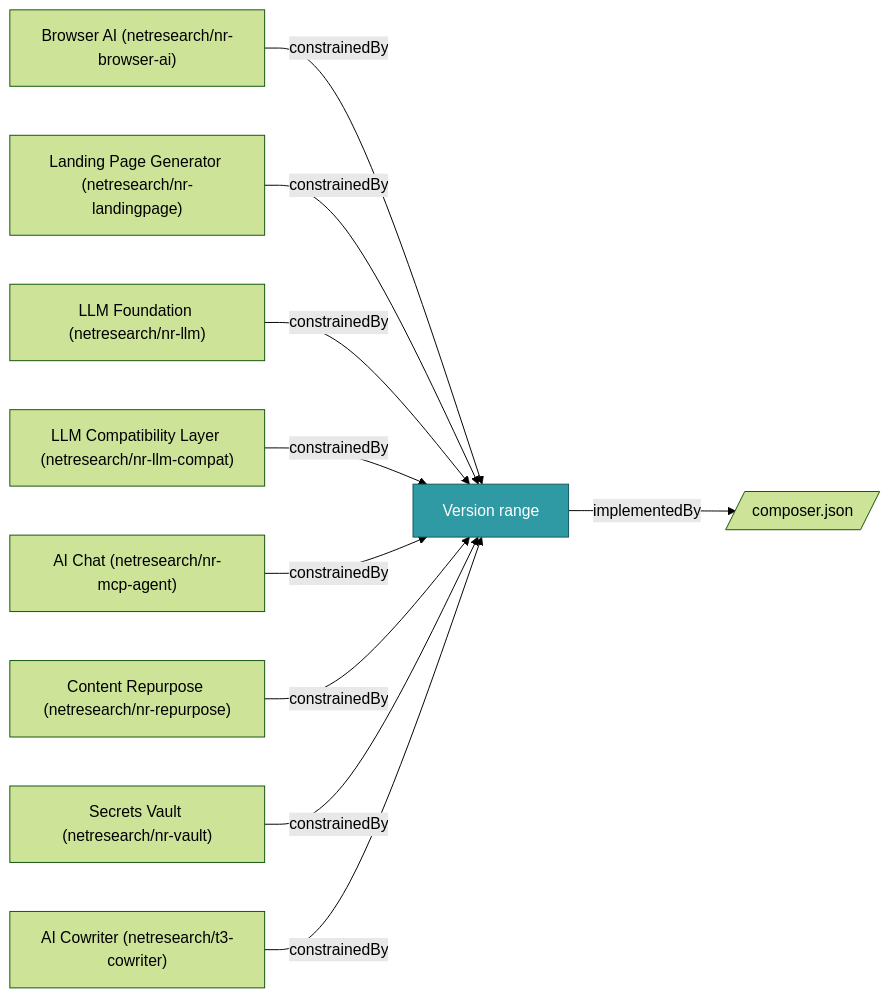
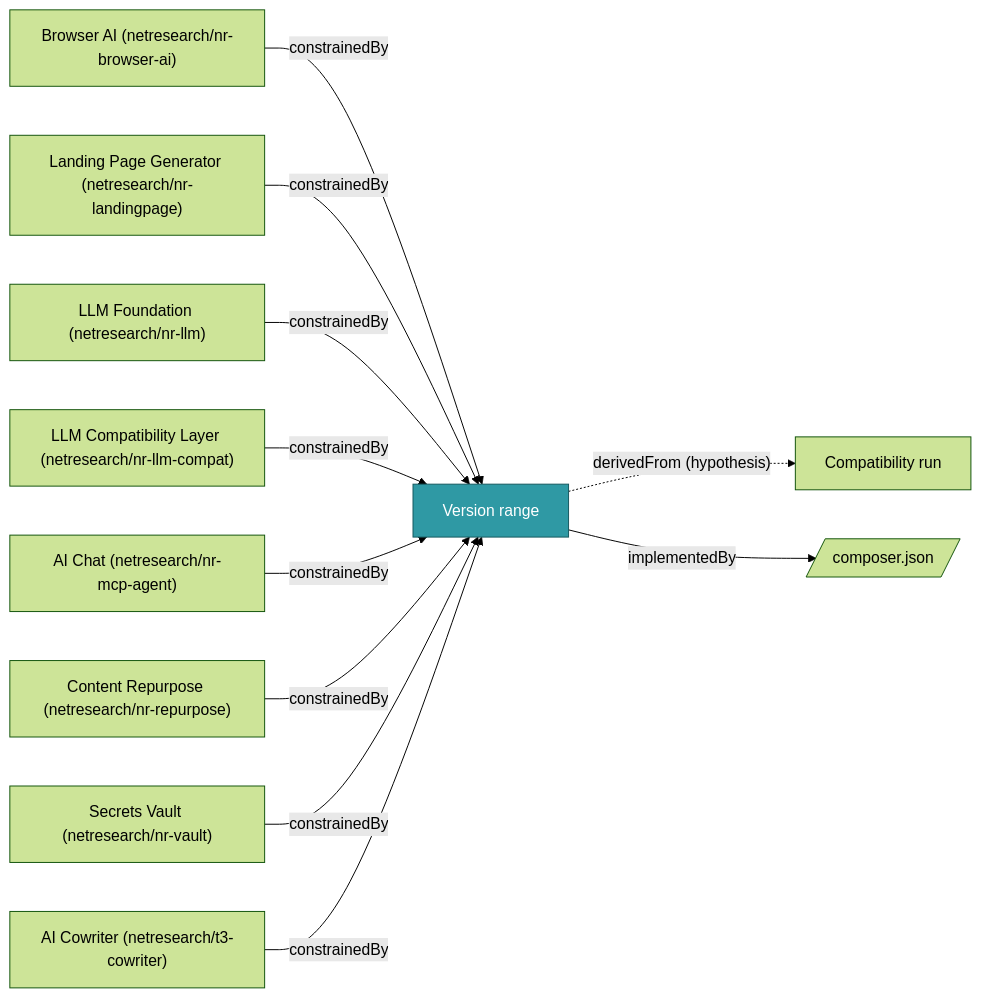
The diagram in docs/ontology/concepts/version-range.md (netresearch/typo3-ai-edition), drawn with Mermaid (forest theme) before and after one commit. The commit also changed other lines of this file and 13 other files, not shown here.

````diff
--- a/docs/ontology/concepts/version-range.md
+++ b/docs/ontology/concepts/version-range.md
@@ -19,24 +19,26 @@
 ```mermaid
 flowchart LR
   c["Version range"]
-  n1[/"composer.json"/]
-  n2["Browser AI (netresearch/nr-browser-ai)"]
-  n3["Landing Page Generator (netresearch/nr-landingpage)"]
-  n4["LLM Foundation (netresearch/nr-llm)"]
-  n5["LLM Compatibility Layer (netresearch/nr-llm-compat)"]
-  n6["AI Chat (netresearch/nr-mcp-agent)"]
-  n7["Content Repurpose (netresearch/nr-repurpose)"]
-  n8["Secrets Vault (netresearch/nr-vault)"]
-  n9["AI Cowriter (netresearch/t3-cowriter)"]
-  c -->|"implementedBy"| n1
-  n2 -->|"constrainedBy"| c
+  n1["Compatibility run"]
+  n2[/"composer.json"/]
+  n3["Browser AI (netresearch/nr-browser-ai)"]
+  n4["Landing Page Generator (netresearch/nr-landingpage)"]
+  n5["LLM Foundation (netresearch/nr-llm)"]
+  n6["LLM Compatibility Layer (netresearch/nr-llm-compat)"]
+  n7["AI Chat (netresearch/nr-mcp-agent)"]
+  n8["Content Repurpose (netresearch/nr-repurpose)"]
+  n9["Secrets Vault (netresearch/nr-vault)"]
+  n10["AI Cowriter (netresearch/t3-cowriter)"]
+  c -.->|"derivedFrom (hypothesis)"| n1
+  c -->|"implementedBy"| n2
   n3 -->|"constrainedBy"| c
   n4 -->|"constrainedBy"| c
   n5 -->|"constrainedBy"| c
   n6 -->|"constrainedBy"| c
   n7 -->|"constrainedBy"| c
   n8 -->|"constrainedBy"| c
   n9 -->|"constrainedBy"| c
+  n10 -->|"constrainedBy"| c
   classDef focus fill:#2F99A4,stroke:#15585E,color:#ffffff
   class c focus
 ```
````
